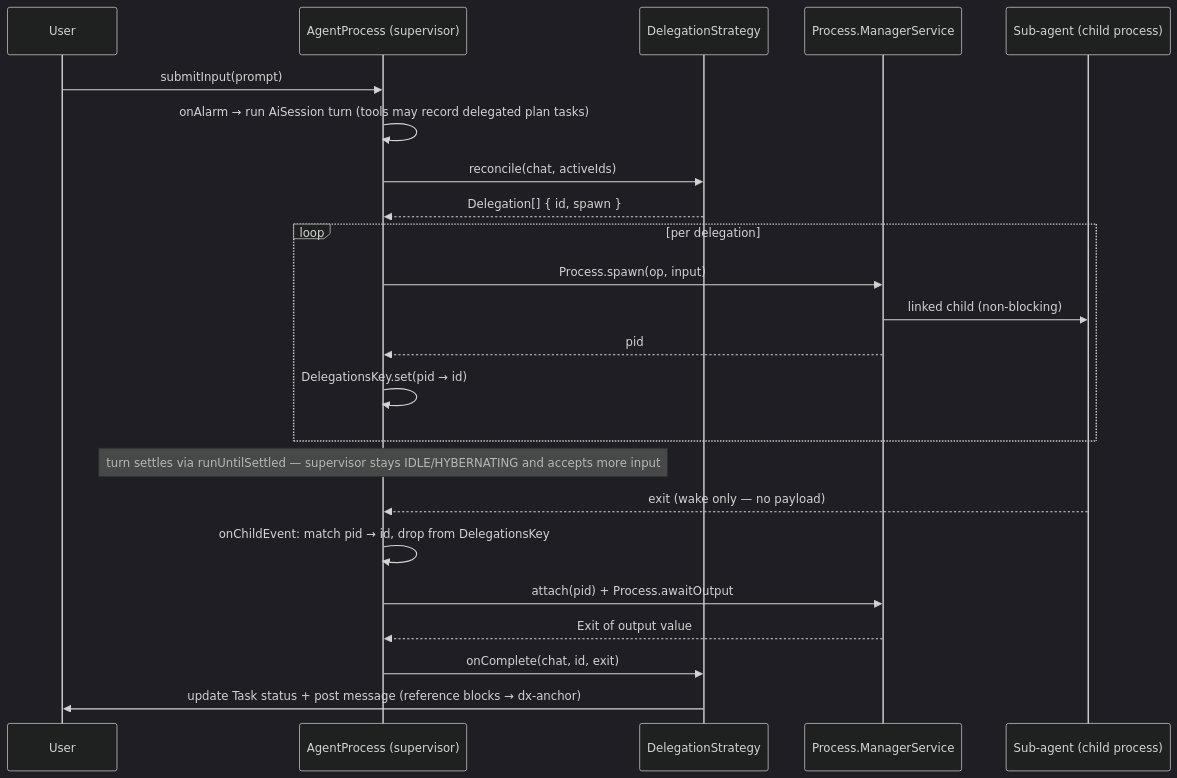
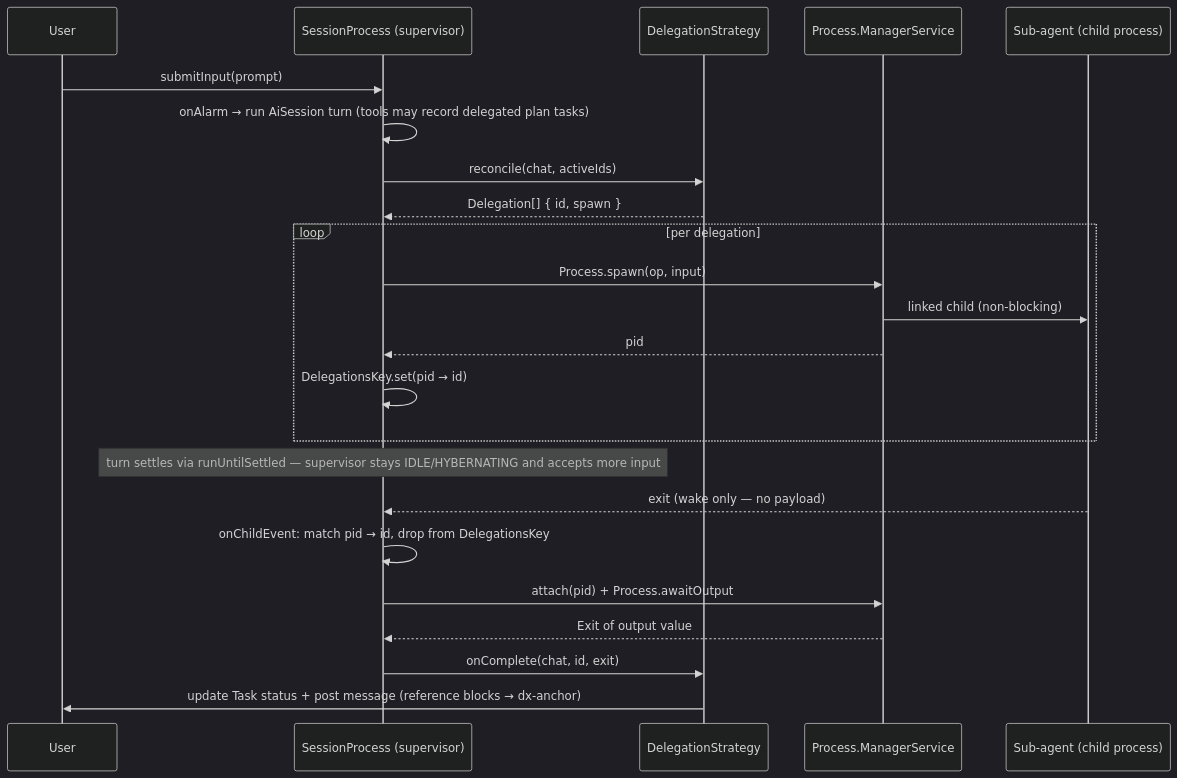
Before and after one commit to dxos/dxos: the second of 2 diagrams in packages/core/compute/agent-runtime/src/agent-service/README.md, drawn with Mermaid (dark theme). The commit also changed other lines of this file and 342 other files, not shown here.

First line of the commit message:
compute: unified Agent module, remove HarnessService, rename AgentProcess to SessionProcess

````diff
--- a/packages/core/compute/agent-runtime/src/agent-service/README.md
+++ b/packages/core/compute/agent-runtime/src/agent-service/README.md
@@ -57,27 +57,27 @@
 ```mermaid
 sequenceDiagram
   participant U as User
-  participant AP as AgentProcess (supervisor)
+  participant AP as SessionProcess (supervisor)
   participant ST as DelegationStrategy
   participant POI as Process.ManagerService
   participant CH as Sub-agent (child process)
 
   U->>AP: submitInput(prompt)
   AP->>AP: onAlarm → run AiSession turn (tools may record delegated plan tasks)
   AP->>ST: reconcile(chat, activeIds)
   ST-->>AP: Delegation[] { id, spawn }
   loop per delegation
     AP->>POI: Process.spawn(op, input)
     POI->>CH: linked child (non-blocking)
     POI-->>AP: pid
     AP->>AP: DelegationsKey.set(pid → id)
   end
   Note over AP: turn settles via runUntilSettled — supervisor stays IDLE/HYBERNATING and accepts more input
 
   CH-->>AP: exit (wake only — no payload)
   AP->>AP: onChildEvent: match pid → id, drop from DelegationsKey
   AP->>POI: attach(pid) + Process.awaitOutput
   POI-->>AP: Exit of output value
   AP->>ST: onComplete(chat, id, exit)
   ST->>U: update Task status + post message (reference blocks → dx-anchor)
 ```
````
